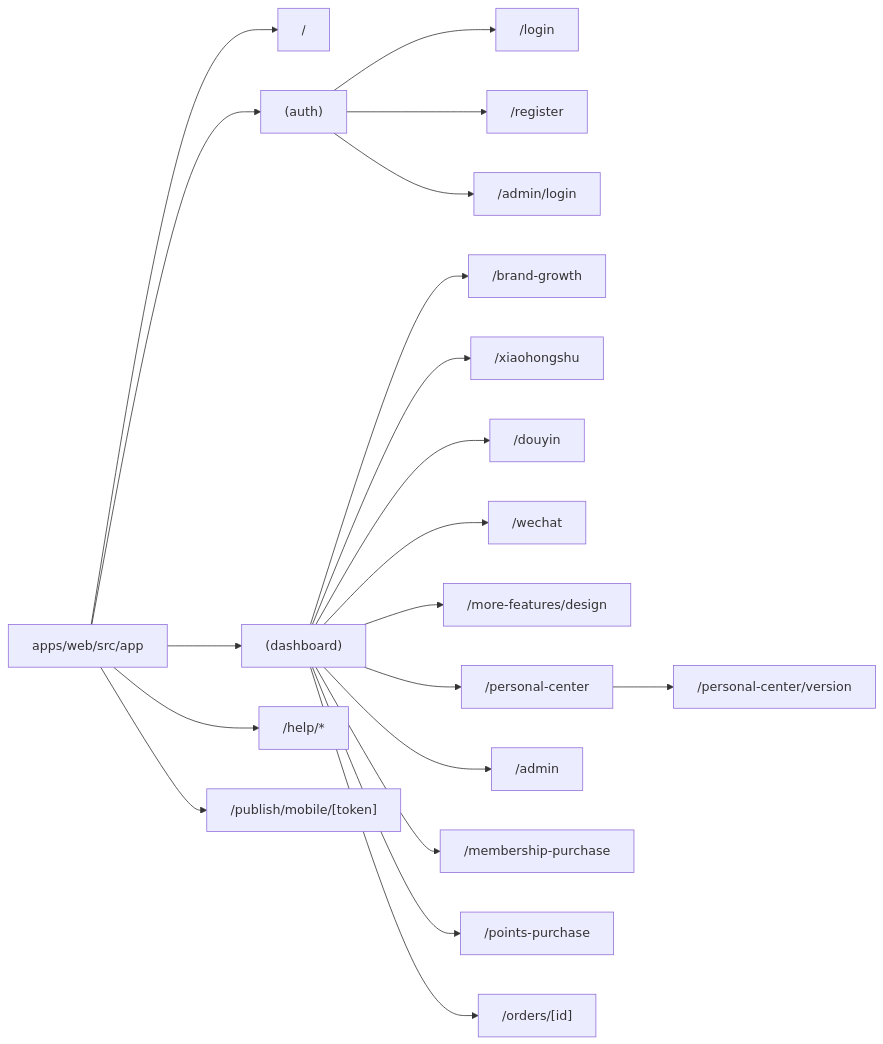
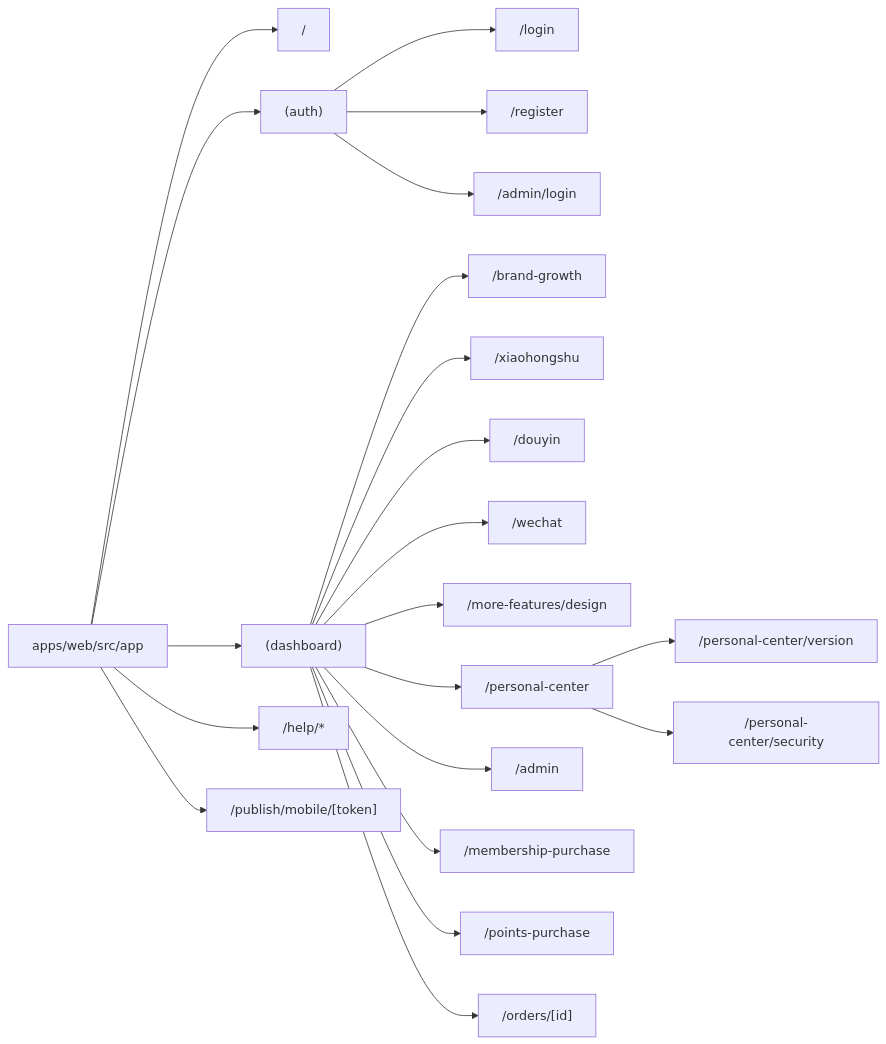
The second of 5 diagrams in docs/site-map-mermaid.md (Depthukesh/ai-omni-ops-system), drawn with Mermaid before and after one commit. The commit also changed other lines of this file and 26 other files, not shown here.

First line of the commit message:
fix: streamline local single-user setup and update flow

````diff
--- a/docs/site-map-mermaid.md
+++ b/docs/site-map-mermaid.md
@@ -81,26 +81,27 @@
 ```mermaid
 flowchart LR
     Root["apps/web/src/app"]
 
     Root --> Home["/"]
     Root --> Auth["(auth)"]
     Root --> Dash["(dashboard)"]
     Root --> Help["/help/*"]
     Root --> Publish["/publish/mobile/[token]"]
 
     Auth --> Login["/login"]
     Auth --> Register["/register"]
     Auth --> AdminLogin["/admin/login"]
 
     Dash --> BrandGrowth["/brand-growth"]
     Dash --> Xiaohongshu["/xiaohongshu"]
     Dash --> Douyin["/douyin"]
     Dash --> Wechat["/wechat"]
     Dash --> Design["/more-features/design"]
     Dash --> Personal["/personal-center"]
     Personal --> PersonalVersion["/personal-center/version"]
+    Personal --> PersonalSecurity["/personal-center/security"]
     Dash --> Admin["/admin"]
     Dash --> Membership["/membership-purchase"]
     Dash --> Points["/points-purchase"]
     Dash --> OrderDetail["/orders/[id]"]
 ```
````
